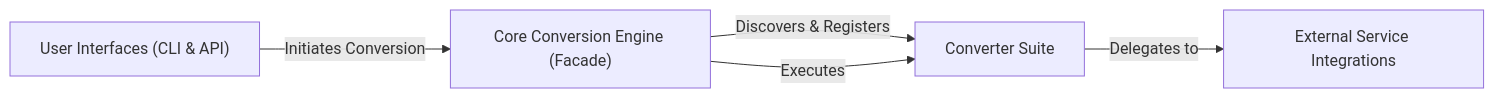
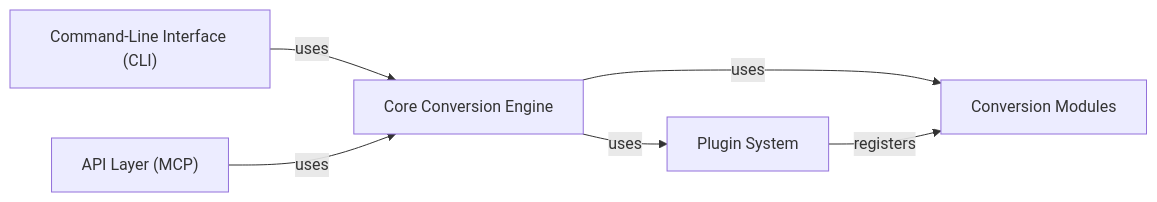
One commit to CodeBoarding/GeneratedOnBoardings changed the diagram in markitdown/on_boarding.md. Above: the diagram before and after it, drawn with Mermaid. The commit also changed other lines of this file, not shown here.

````diff
--- a/markitdown/on_boarding.md
+++ b/markitdown/on_boarding.md
@@ -1,11 +1,13 @@
 ```mermaid
 graph LR
-    User_Interfaces_CLI_API_["User Interfaces (CLI & API)"]
-    Core_Conversion_Engine_Facade_["Core Conversion Engine (Facade)"]
-    Converter_Suite["Converter Suite"]
-    External_Service_Integrations["External Service Integrations"]
-    User_Interfaces_CLI_API_ -- "Initiates Conversion" --> Core_Conversion_Engine_Facade_
-    Core_Conversion_Engine_Facade_ -- "Discovers & Registers" --> Converter_Suite
-    Core_Conversion_Engine_Facade_ -- "Executes" --> Converter_Suite
-    Converter_Suite -- "Delegates to" --> External_Service_Integrations
+    Core_Conversion_Engine["Core Conversion Engine"]
+    Conversion_Modules["Conversion Modules"]
+    Plugin_System["Plugin System"]
+    Command_Line_Interface_CLI_["Command-Line Interface (CLI)"]
+    API_Layer_MCP_["API Layer (MCP)"]
+    Core_Conversion_Engine -- "uses" --> Conversion_Modules
+    Core_Conversion_Engine -- "uses" --> Plugin_System
+    Command_Line_Interface_CLI_ -- "uses" --> Core_Conversion_Engine
+    API_Layer_MCP_ -- "uses" --> Core_Conversion_Engine
+    Plugin_System -- "registers" --> Conversion_Modules
 ```
````
